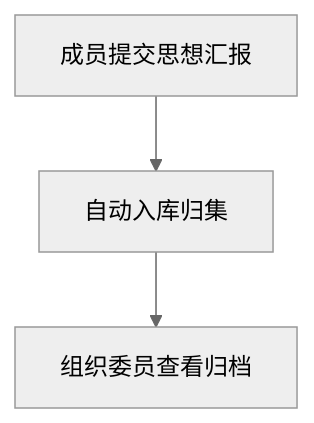
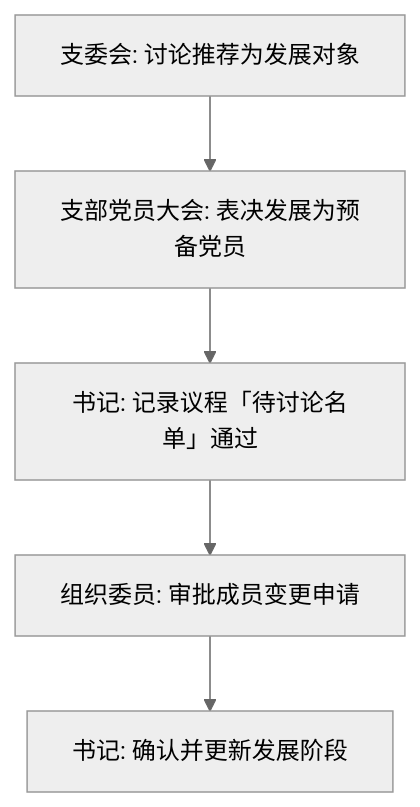
One commit to czhgo/GSM1921-SOP changed the ninth of 15 diagrams in content/03_doc_system/FUNCTION_MAP.md. Above: the diagram before and after it, drawn with Mermaid (neutral theme). The commit also changed other lines of this file and 183 other files, not shown here.

Commit message:
feat(flow): 业务链路角色化 FLOW_LINKS 12 条 + help 架构叙事对齐 + catalog 整合 (T6/T7/T8, 20260901h to i, 87/87)

````diff
--- a/content/03_doc_system/FUNCTION_MAP.md
+++ b/content/03_doc_system/FUNCTION_MAP.md
@@ -100,5 +135,7 @@
 ```mermaid
 flowchart TD
-A[成员提交思想汇报] --> B[自动入库归集]
-B --> C[组织委员查看归档]
+A[支委会: 讨论推荐为发展对象] --> B[支部党员大会: 表决发展为预备党员]
+B --> C[书记: 记录议程「待讨论名单」通过]
+C --> D[组织委员: 审批成员变更申请]
+D --> E[书记: 确认并更新发展阶段]
 ```
````
